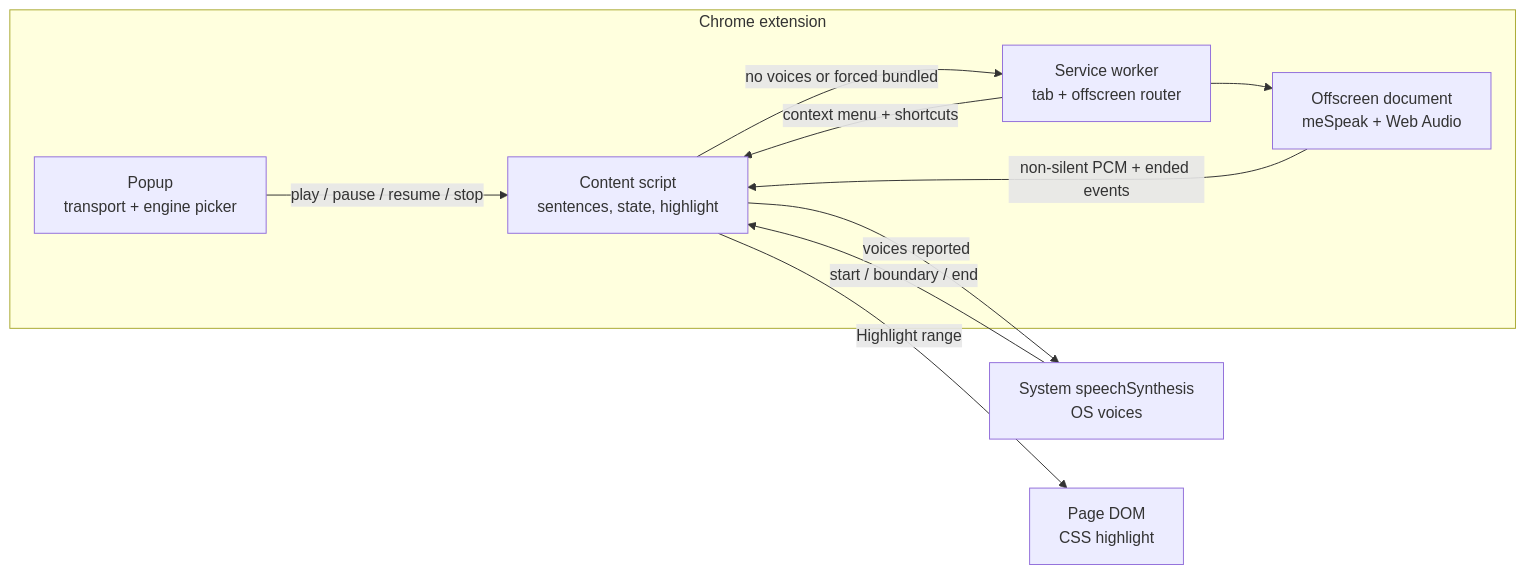
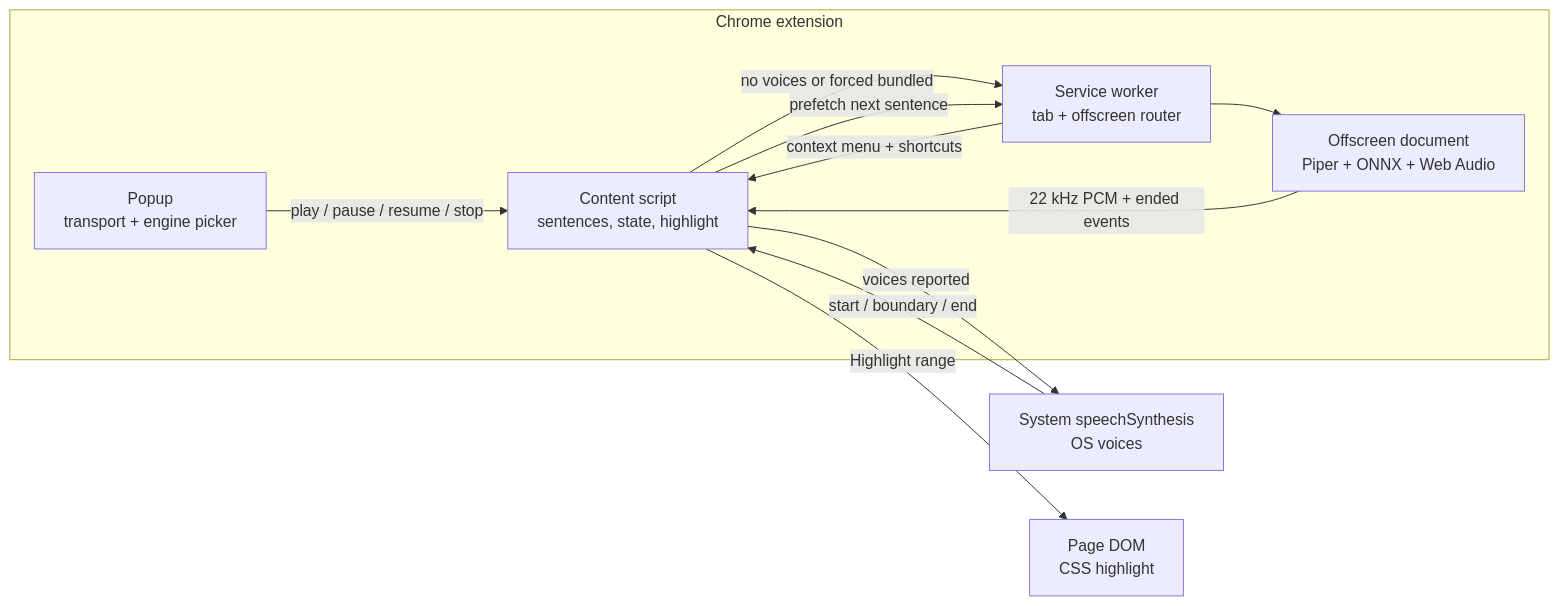
One commit to Jayhub27/read-aloud-extension changed the diagram in README.md. Above: the diagram before and after it, drawn with Mermaid. The commit also changed other lines of this file and 30 other files, not shown here.

First line of the commit message:
Replace eSpeak fallback with a bundled Piper neural voice

````diff
--- a/README.md
+++ b/README.md
@@ -49,20 +50,21 @@
 ```mermaid
 flowchart LR
   subgraph ext[Chrome extension]
     popup["Popup<br/>transport + engine picker"]:::blue
     worker["Service worker<br/>tab + offscreen router"]:::blue
     content["Content script<br/>sentences, state, highlight"]:::green
-    offscreen["Offscreen document<br/>meSpeak + Web Audio"]:::purple
+    offscreen["Offscreen document<br/>Piper + ONNX + Web Audio"]:::purple
   end
   system["System speechSynthesis<br/>OS voices"]:::amber
   page["Page DOM<br/>CSS highlight"]:::green
 
   popup -->|"play / pause / resume / stop"| content
   worker -->|"context menu + shortcuts"| content
   content -->|"voices reported"| system
   content -->|"no voices or forced bundled"| worker
   worker --> offscreen
-  offscreen -->|"non-silent PCM + ended events"| content
+  content -->|"prefetch next sentence"| worker
+  offscreen -->|"22 kHz PCM + ended events"| content
   system -->|"start / boundary / end"| content
   content -->|"Highlight range"| page
 ```
````
